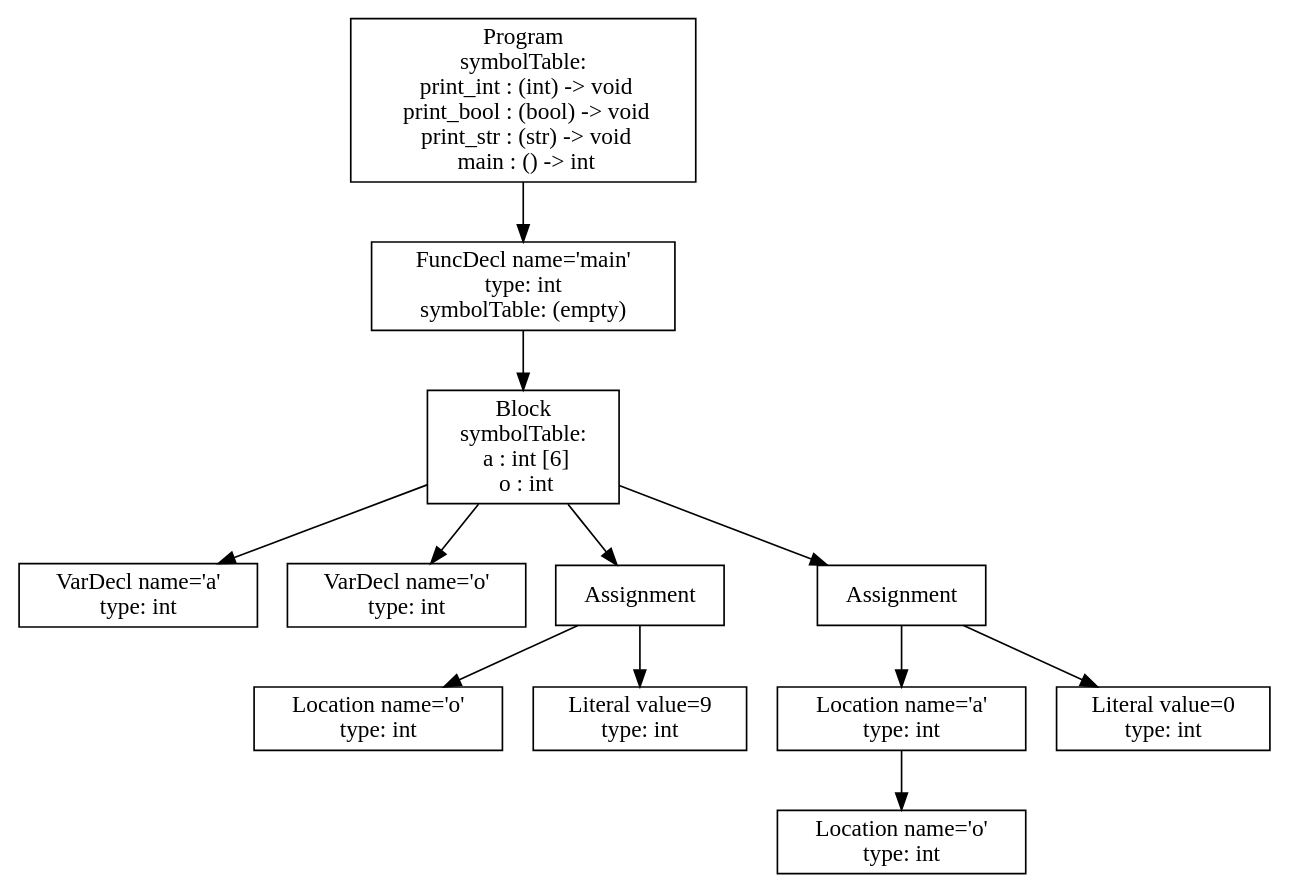
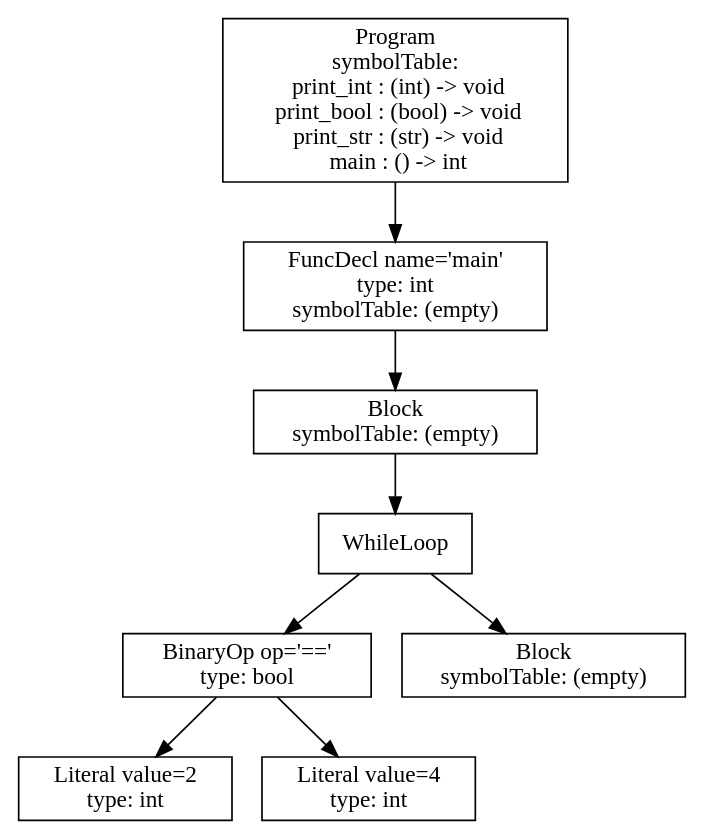
The diagram in ast.dot (vtstew/p3-analysis), drawn with Graphviz before and after one commit. The commit also changed 13 other files, not shown here.

```diff
--- a/ast.dot
+++ b/ast.dot
@@ -1,25 +1,17 @@
 digraph AST {
-3 [shape=box, label="VarDecl name='a'\ntype: int"];
-4 [shape=box, label="VarDecl name='o'\ntype: int"];
-6 [shape=box, label="Location name='o'\ntype: int"];
-7 [shape=box, label="Literal value=9\ntype: int"];
-5 [shape=box, label="Assignment"];
-5 -> 6;
-5 -> 7;
-10 [shape=box, label="Location name='o'\ntype: int"];
-9 [shape=box, label="Location name='a'\ntype: int"];
-9 -> 10;
-11 [shape=box, label="Literal value=0\ntype: int"];
-8 [shape=box, label="Assignment"];
-8 -> 9;
-8 -> 11;
-2 [shape=box, label="Block\nsymbolTable: \n  a : int [6]\n  o : int"];
+5 [shape=box, label="Literal value=2\ntype: int"];
+6 [shape=box, label="Literal value=4\ntype: int"];
+4 [shape=box, label="BinaryOp op='=='\ntype: bool"];
+4 -> 5;
+4 -> 6;
+7 [shape=box, label="Block\nsymbolTable: (empty)"];
+3 [shape=box, label="WhileLoop"];
+3 -> 4;
+3 -> 7;
+2 [shape=box, label="Block\nsymbolTable: (empty)"];
 2 -> 3;
-2 -> 4;
-2 -> 5;
-2 -> 8;
 1 [shape=box, label="FuncDecl name='main'\ntype: int\nsymbolTable: (empty)"];
 1 -> 2;
 0 [shape=box, label="Program\nsymbolTable: \n  print_int : (int) -> void\n  print_bool : (bool) -> void\n  print_str : (str) -> void\n  main : () -> int"];
 0 -> 1;
 }
```
